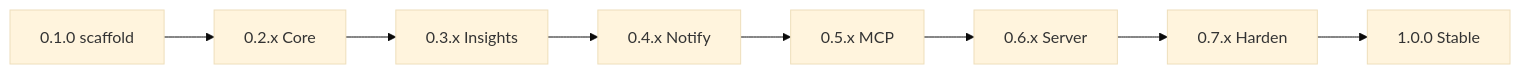
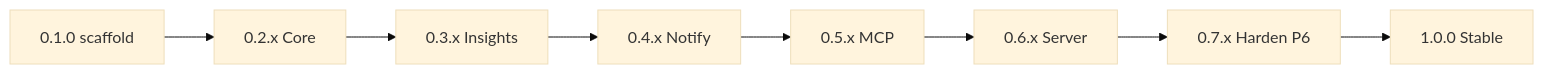
One commit to hrodrig/kpm changed the diagram in docs/ROADMAP.md. Above: the diagram before and after it, drawn with Mermaid (base theme). The commit also changed other lines of this file and 6 other files, not shown here.

````diff
--- a/docs/ROADMAP.md
+++ b/docs/ROADMAP.md
@@ -31,10 +31,10 @@
 ```mermaid
 flowchart LR
   scaffold["0.1.0 scaffold"] --> core["0.2.x Core"]
   core --> insights["0.3.x Insights"]
   insights --> notify["0.4.x Notify"]
   notify --> mcp["0.5.x MCP"]
   mcp --> server["0.6.x Server"]
-  server --> harden["0.7.x Harden"]
+  server --> harden["0.7.x Harden P6"]
   harden --> v1["1.0.0 Stable"]
 ```
````
